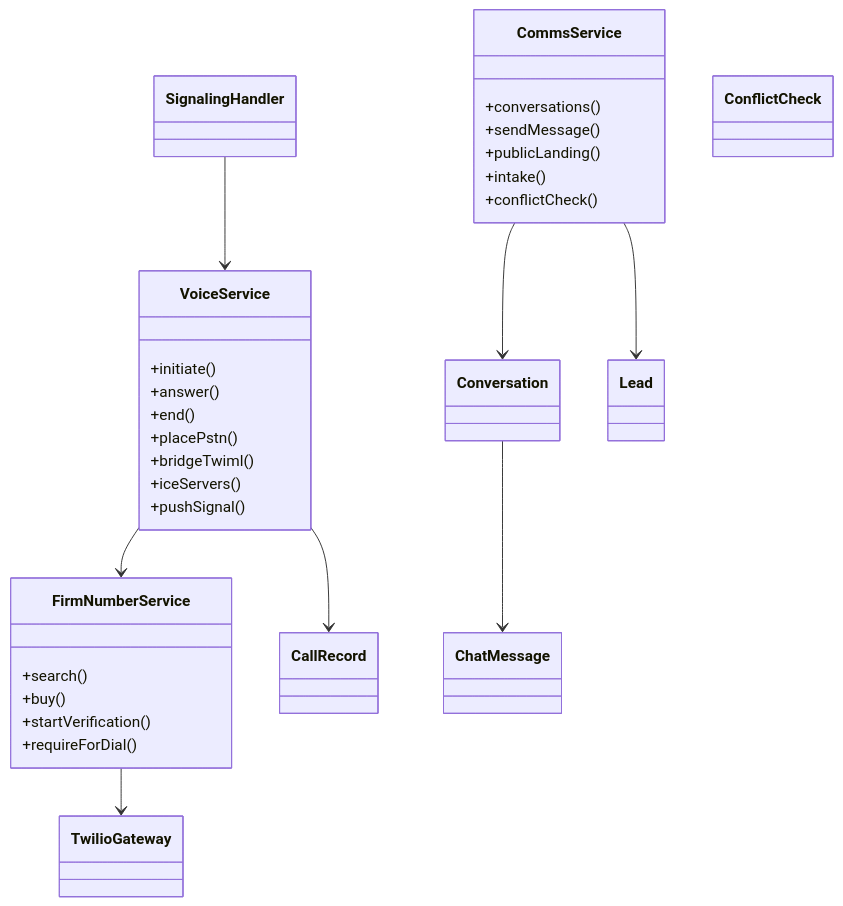
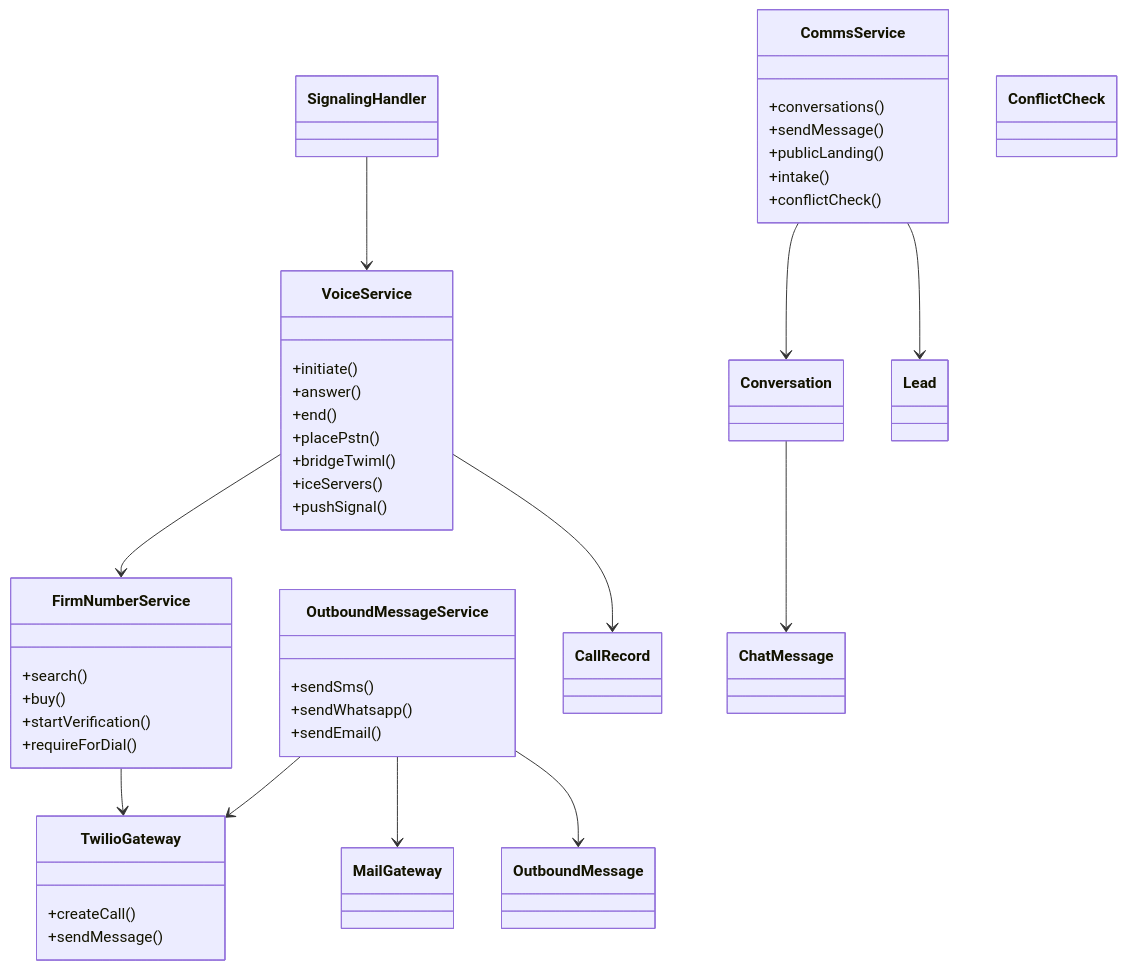
One commit to Immortal8725/LegalSuite-Pro changed the fourth of 6 diagrams in docs/class-diagrams.md. Above: the diagram before and after it, drawn with Mermaid. The commit also changed 38 other files, not shown here.

First line of the commit message:
Add SMS, WhatsApp, and email from a matter or contact (#6)

````diff
--- a/docs/class-diagrams.md
+++ b/docs/class-diagrams.md
@@ -99,39 +99,52 @@
 ```mermaid
 classDiagram
     class VoiceService {
         +initiate()
         +answer()
         +end()
         +placePstn()
         +bridgeTwiml()
         +iceServers()
         +pushSignal()
     }
     class FirmNumberService {
         +search()
         +buy()
         +startVerification()
         +requireForDial()
     }
-    class TwilioGateway
+    class TwilioGateway {
+        +createCall()
+        +sendMessage()
+    }
+    class OutboundMessageService {
+        +sendSms()
+        +sendWhatsapp()
+        +sendEmail()
+    }
+    class OutboundMessage
+    class MailGateway
     class CommsService {
         +conversations()
         +sendMessage()
         +publicLanding()
         +intake()
         +conflictCheck()
     }
     class SignalingHandler
     class CallRecord
     class Conversation
     class ChatMessage
     class Lead
     class ConflictCheck
     VoiceService --> CallRecord
     VoiceService --> FirmNumberService
     FirmNumberService --> TwilioGateway
+    OutboundMessageService --> TwilioGateway
+    OutboundMessageService --> MailGateway
+    OutboundMessageService --> OutboundMessage
     SignalingHandler --> VoiceService
     CommsService --> Conversation
     CommsService --> Lead
     Conversation --> ChatMessage
 ```
````
